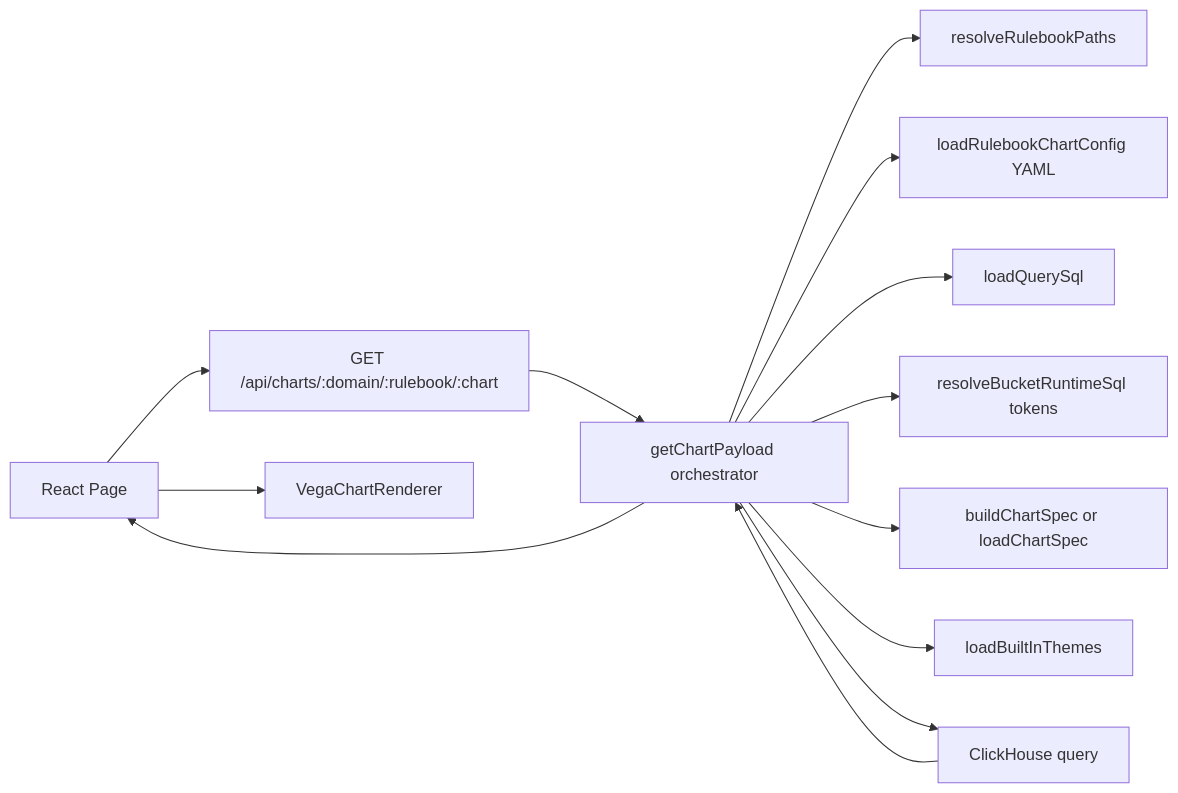
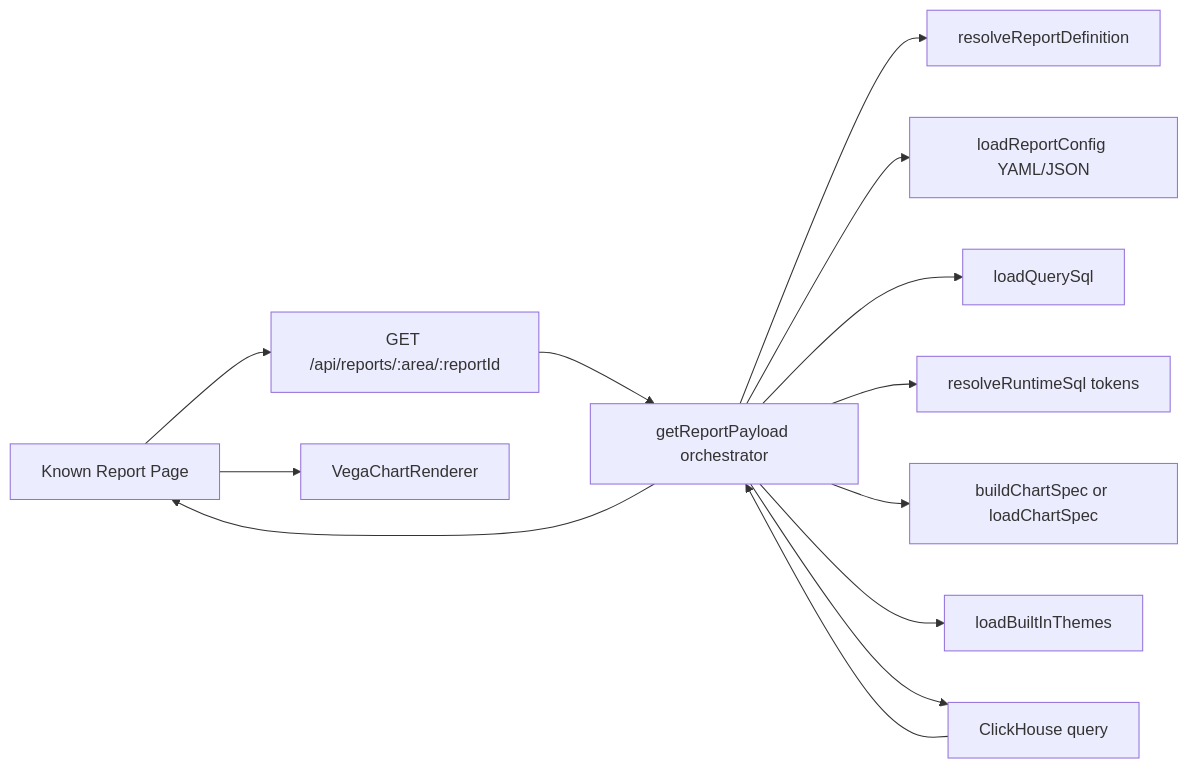
Before and after one commit to TaxisBI/taxisbi-mvp: the diagram in docs/harvest-taxisbi-to-work.md, drawn with Mermaid. The commit also changed other lines of this file and 1 other file, not shown here.

````diff
--- a/docs/harvest-taxisbi-to-work.md
+++ b/docs/harvest-taxisbi-to-work.md
@@ -25,15 +40,15 @@
 ```mermaid
 flowchart LR
-  U[React Page] --> R[GET /api/charts/:domain/:rulebook/:chart]
-  R --> O[getChartPayload orchestrator]
-  O --> P[resolveRulebookPaths]
-  O --> M[loadRulebookChartConfig YAML]
+  U[Known Report Page] --> R[GET /api/reports/:area/:reportId]
+  R --> O[getReportPayload orchestrator]
+  O --> P[resolveReportDefinition]
+  O --> M[loadReportConfig YAML/JSON]
   O --> Q[loadQuerySql]
-  O --> T[resolveBucketRuntimeSql tokens]
+  O --> T[resolveRuntimeSql tokens]
   O --> S[buildChartSpec or loadChartSpec]
   O --> H[loadBuiltInThemes]
   O --> C[ClickHouse query]
   C --> O
   O --> U
   U --> V[VegaChartRenderer]
 ```
````
